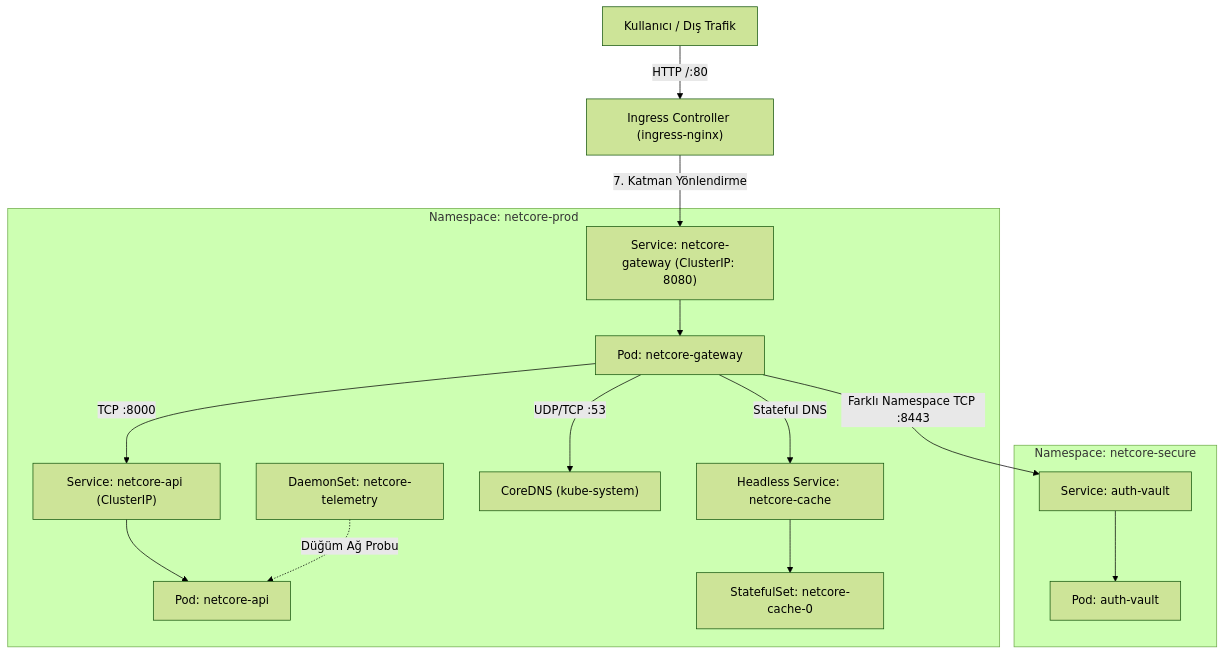
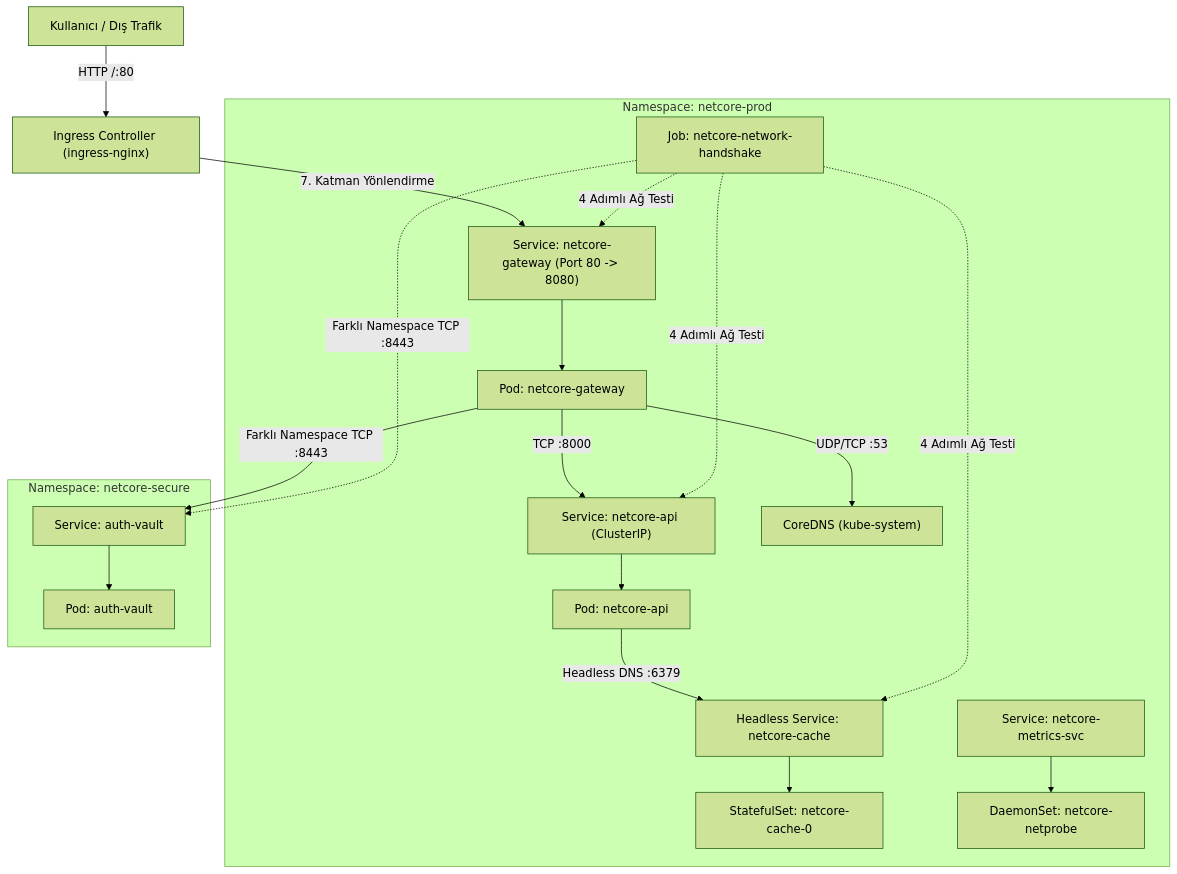
One commit to YusufKaya00/k8sfundamentals changed the diagram in troubleshoot/k8-troubleshoot-21/README.md. Above: the diagram before and after it, drawn with Mermaid (forest theme). The commit also changed other lines of this file, not shown here.

````diff
--- a/troubleshoot/k8-troubleshoot-21/README.md
+++ b/troubleshoot/k8-troubleshoot-21/README.md
@@ -192,23 +24,25 @@
 ```mermaid
 flowchart TD
     Client["Kullanıcı / Dış Trafik"] -->|HTTP /:80| Ingress["Ingress Controller (ingress-nginx)"]
-    Ingress -->|7. Katman Yönlendirme| GW_SVC["Service: netcore-gateway (ClusterIP: 8080)"]
+    Ingress -->|7. Katman Yönlendirme| GW_SVC["Service: netcore-gateway (Port 80 -> 8080)"]
     
     subgraph NS_PROD["Namespace: netcore-prod"]
         GW_SVC --> GW_POD["Pod: netcore-gateway"]
         GW_POD -->|TCP :8000| API_SVC["Service: netcore-api (ClusterIP)"]
         API_SVC --> API_POD["Pod: netcore-api"]
         
-        GW_POD -->|Stateful DNS| CACHE_SVC["Headless Service: netcore-cache"]
+        API_POD -->|Headless DNS :6379| CACHE_SVC["Headless Service: netcore-cache"]
         CACHE_SVC --> CACHE_STS["StatefulSet: netcore-cache-0"]
         
         GW_POD -->|UDP/TCP :53| DNS["CoreDNS (kube-system)"]
         
-        DS_PROBE["DaemonSet: netcore-telemetry"] -.->|Düğüm Ağ Probu| API_POD
+        DS_SVC["Service: netcore-metrics-svc"] --> DS_PROBE["DaemonSet: netcore-netprobe"]
+        JOB["Job: netcore-network-handshake"] -.->|4 Adımlı Ağ Testi| CACHE_SVC & API_SVC & GW_SVC
     end
 
     subgraph NS_SECURE["Namespace: netcore-secure"]
         GW_POD -->|Farklı Namespace TCP :8443| VAULT_SVC["Service: auth-vault"]
+        JOB -.->|Farklı Namespace TCP :8443| VAULT_SVC
         VAULT_SVC --> VAULT_POD["Pod: auth-vault"]
     end
 ```
````
